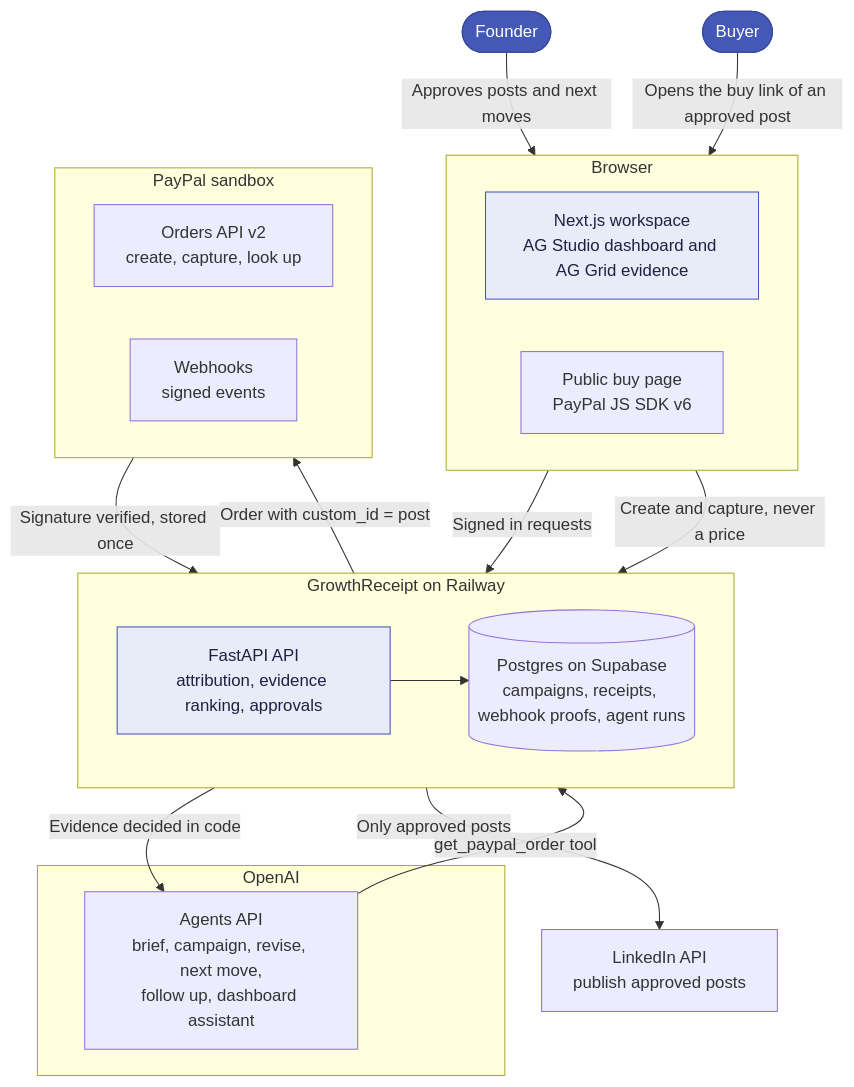
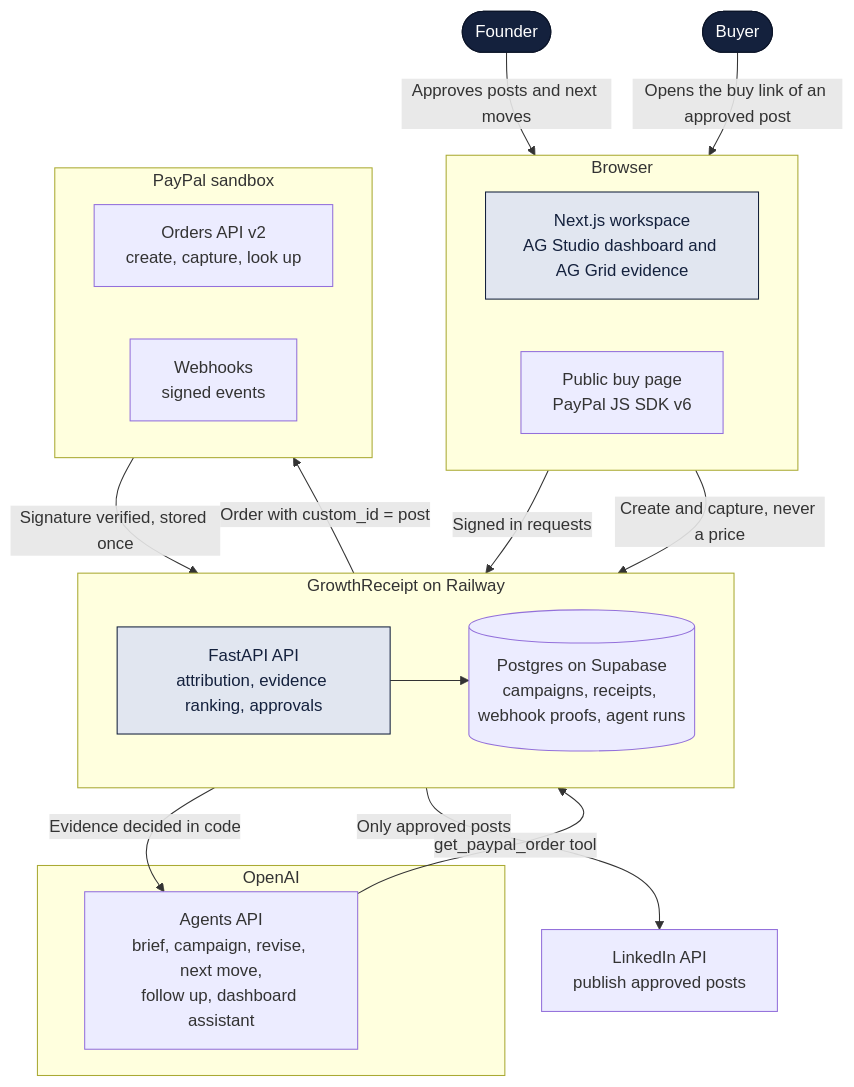
The first of 5 diagrams in docs/hackathon/architecture.md (tekbel/growthreceipt), drawn with Mermaid before and after one commit. The commit also changed 4 other files, not shown here.

````diff
--- a/docs/hackathon/architecture.md
+++ b/docs/hackathon/architecture.md
@@ -29,45 +29,45 @@
 ```mermaid
 flowchart TB
   founder([Founder])
   buyer([Buyer])
 
   subgraph browser [Browser]
     direction LR
     web[Next.js workspace<br/>AG Studio dashboard and AG Grid evidence]
     buy[Public buy page<br/>PayPal JS SDK v6]
   end
 
   subgraph gr [GrowthReceipt on Railway]
     direction LR
     api[FastAPI API<br/>attribution, evidence ranking, approvals]
     db[(Postgres on Supabase<br/>campaigns, receipts, webhook proofs, agent runs)]
   end
 
   subgraph paypal [PayPal sandbox]
     direction LR
     orders[Orders API v2<br/>create, capture, look up]
     hooks[Webhooks<br/>signed events]
   end
 
   subgraph ai [OpenAI]
     agents[Agents API<br/>brief, campaign, revise, next move,<br/>follow up, dashboard assistant]
   end
 
   linkedin[LinkedIn API<br/>publish approved posts]
 
   founder -->|Approves posts and next moves| web
   buyer -->|Opens the buy link of an approved post| buy
   web -->|Signed in requests| api
   buy -->|Create and capture, never a price| api
   api -->|Order with custom_id = post| orders
   hooks -->|Signature verified, stored once| api
   api -->|Evidence decided in code| agents
   agents -->|get_paypal_order tool| api
   api --> db
   api -->|Only approved posts| linkedin
 
-  classDef human fill:#4458b8,stroke:#36479a,color:#ffffff
-  classDef gate fill:#e8ebf8,stroke:#4458b8,color:#1b2240
+  classDef human fill:#14213d,stroke:#0b1428,color:#ffffff
+  classDef gate fill:#e1e6f0,stroke:#14213d,color:#14213d
   class founder,buyer human
   class web,api gate
 ```
````
